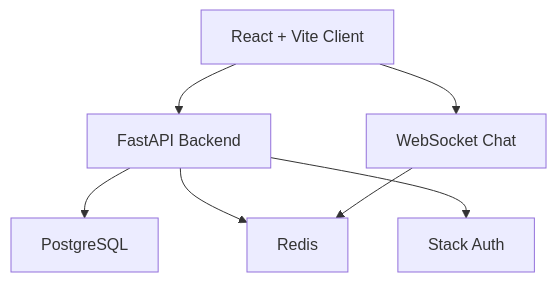
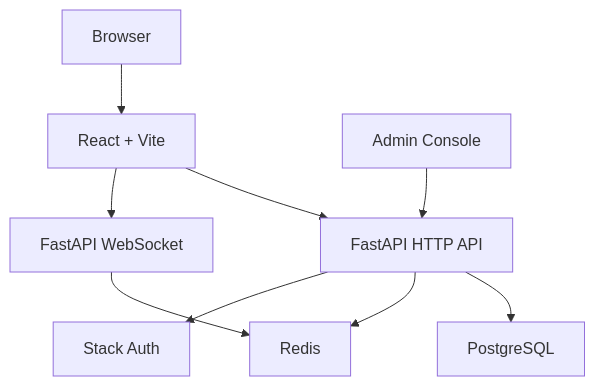
The diagram in README.md (BarbieWinter/SKLinkChat), drawn with Mermaid before and after one commit. The commit also changed other lines of this file and 15 other files, not shown here.

````diff
--- a/README.md
+++ b/README.md
@@ -43,9 +96,11 @@
 ```mermaid
 flowchart TD
-    client["React + Vite Client"] --> api["FastAPI Backend"]
-    client --> ws["WebSocket Chat"]
-    api --> postgres["PostgreSQL"]
-    api --> redis["Redis"]
-    api --> stack["Stack Auth"]
+    browser["Browser"] --> client["React + Vite"]
+    client --> http["FastAPI HTTP API"]
+    client --> ws["FastAPI WebSocket"]
+    http --> postgres["PostgreSQL"]
+    http --> redis["Redis"]
     ws --> redis
+    http --> stack["Stack Auth"]
+    admin["Admin Console"] --> http
 ```
````
